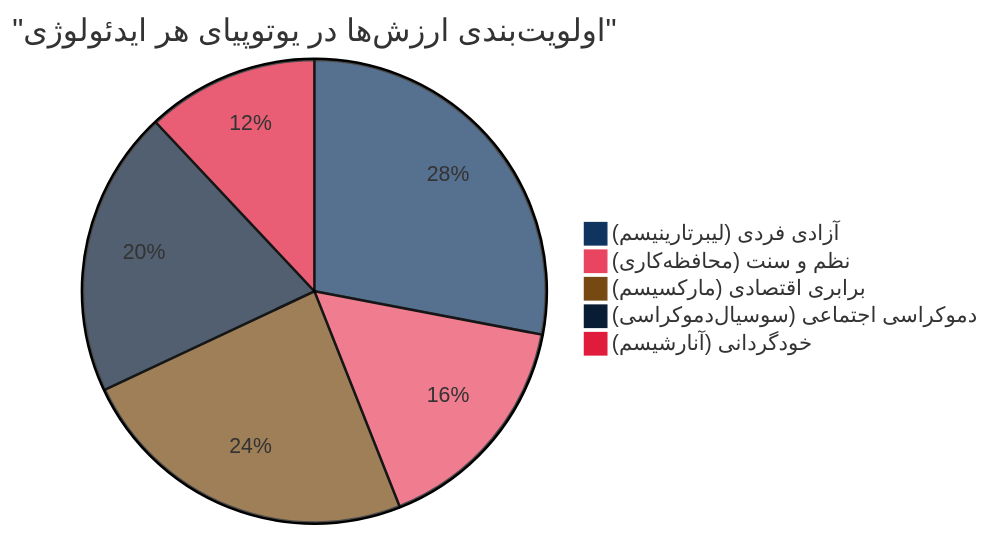
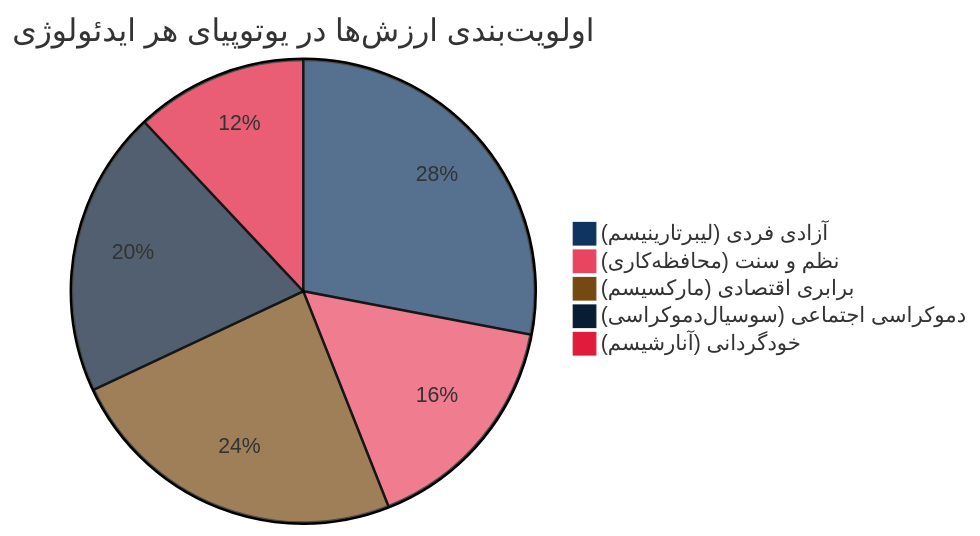
Before and after one commit to mahhdy/MahdiSalem.com: the eighth of 25 diagrams in src/content/articles/fa/راست یا چپ در این میانه کجاست.mdx, drawn with Mermaid. The commit also changed other lines of this file and 37 other files, not shown here.

Commit message:
Fix Mermaid diagram interactions, styling, and fullscreen zooming

````diff
--- a/src/content/articles/fa/راست یا چپ در این میانه کجاست.mdx
+++ b/src/content/articles/fa/راست یا چپ در این میانه کجاست.mdx
@@ -960,9 +960,9 @@
 ```mermaid
-%%{init:{'theme':'base', 'themeVariables':{'primaryColor':'#0F3460', 'secondaryColor':'#E94560'}}}%%
-pie title "اولویت‌بندی ارزش‌ها در یوتوپیای هر ایدئولوژی"
+%%{init: {"theme": "base", "themeVariables": {"primaryColor": "#0F3460", "secondaryColor": "#E94560"}} }%%
+pie title اولویت‌بندی ارزش‌ها در یوتوپیای هر ایدئولوژی
     "آزادی فردی (لیبرتارینیسم)" : 35
     "نظم و سنت (محافظه‌کاری)" : 20
     "برابری اقتصادی (مارکسیسم)" : 30
     "دموکراسی اجتماعی (سوسیال‌دموکراسی)" : 25
     "خودگردانی (آنارشیسم)" : 15
 ```
````
